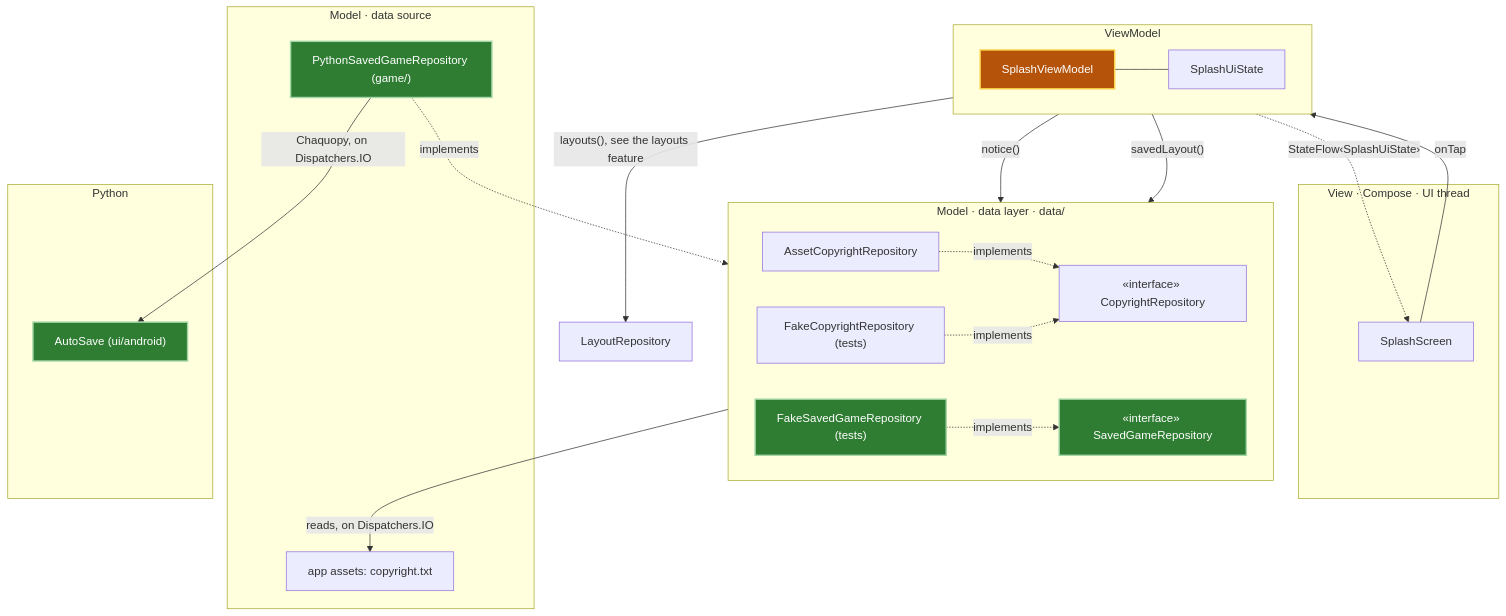
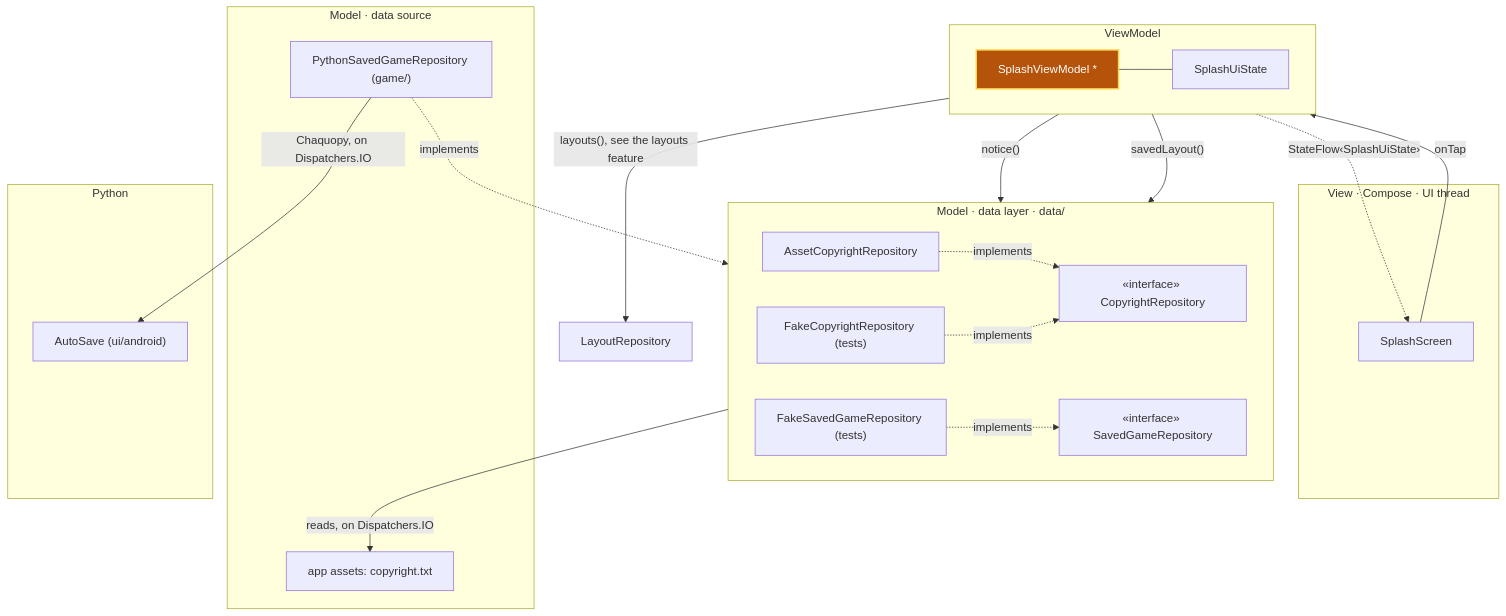
Before and after one commit to aivanov61/sudoku-solver: the second of 9 diagrams in android/docs/architecture.md, drawn with Mermaid. The commit also changed other lines of this file, not shown here.

Commit message:
Plan phase 6 in the architecture doc: a top app bar whose overflow menu starts a new puzzle, asking first when the board has values, and ends the game for the route the splash would take next.

````diff
--- a/android/docs/architecture.md
+++ b/android/docs/architecture.md
@@ -93,42 +95,41 @@
 ```mermaid
 flowchart TB
     subgraph View["View · Compose · UI thread"]
         SplashScreen
     end
 
     subgraph VM["ViewModel"]
         direction LR
-        SplashViewModel --- SplashUiState
+        SplashViewModel["SplashViewModel *"] --- SplashUiState
     end
 
     subgraph DataLayer["Model · data layer · data/"]
         direction LR
         AssetCopyrightRepository -. implements .-> CopyrightRepository["«interface» CopyrightRepository"]
         FakeCopyrightRepository["FakeCopyrightRepository (tests)"] -. implements .-> CopyrightRepository
         SavedGameRepository["«interface» SavedGameRepository"]
         FakeSavedGameRepository["FakeSavedGameRepository (tests)"] -. implements .-> SavedGameRepository
     end
 
     subgraph DataSource["Model · data source"]
         Assets["app assets: copyright.txt"]
         PythonSavedGameRepository["PythonSavedGameRepository (game/)"]
     end
 
     subgraph Python["Python"]
         AutoSave["AutoSave (ui/android)"]
     end
 
     SplashScreen -- "onTap" --> SplashViewModel
     SplashViewModel -. "StateFlow‹SplashUiState›" .-> SplashScreen
     SplashViewModel -- "notice()" --> CopyrightRepository
     SplashViewModel -- "layouts(), see the layouts feature" --> LayoutRepository["LayoutRepository"]
     SplashViewModel -- "savedLayout()" --> SavedGameRepository
     AssetCopyrightRepository -- "reads, on Dispatchers.IO" --> Assets
     PythonSavedGameRepository -. implements .-> SavedGameRepository
     PythonSavedGameRepository -- "Chaquopy, on Dispatchers.IO" --> AutoSave
 
     classDef new fill:#2e7d32,stroke:#a5d6a7,stroke-width:2px,color:#ffffff
     classDef changed fill:#b45309,stroke:#fcd34d,stroke-width:2px,color:#ffffff
-    class SavedGameRepository,FakeSavedGameRepository,PythonSavedGameRepository,AutoSave new
     class SplashViewModel changed
 ```
````
